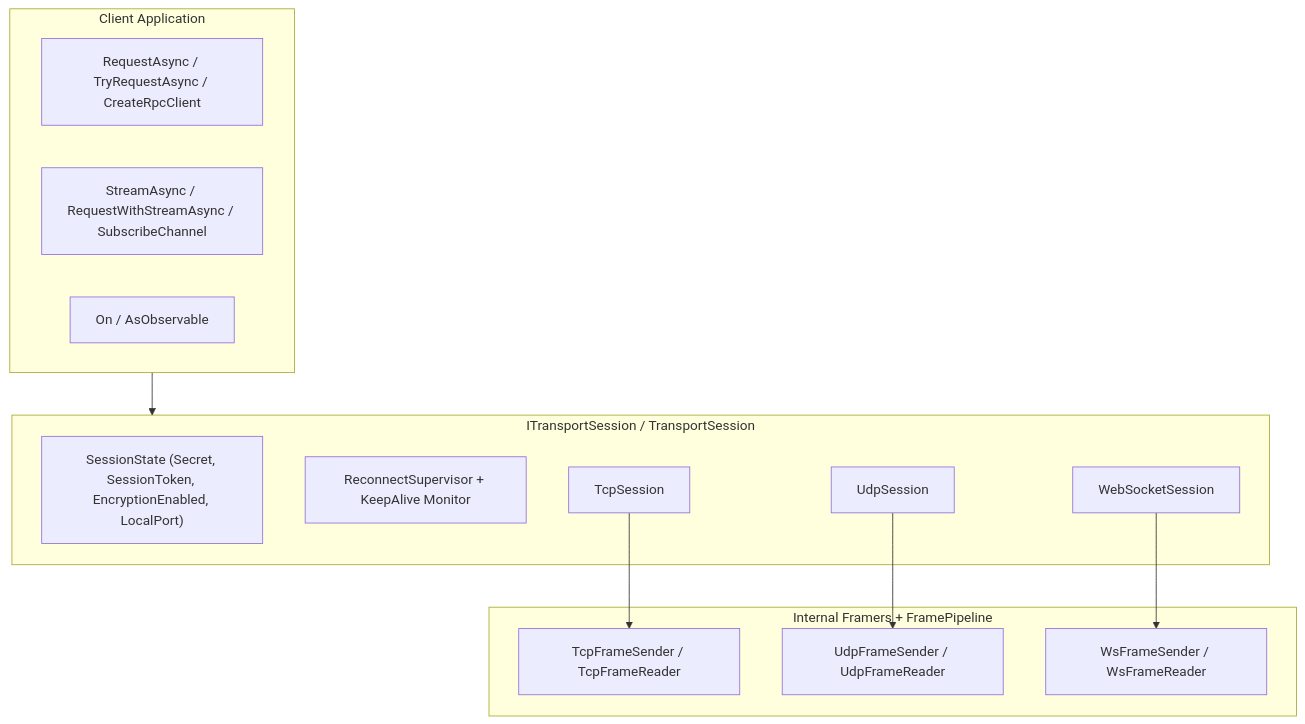
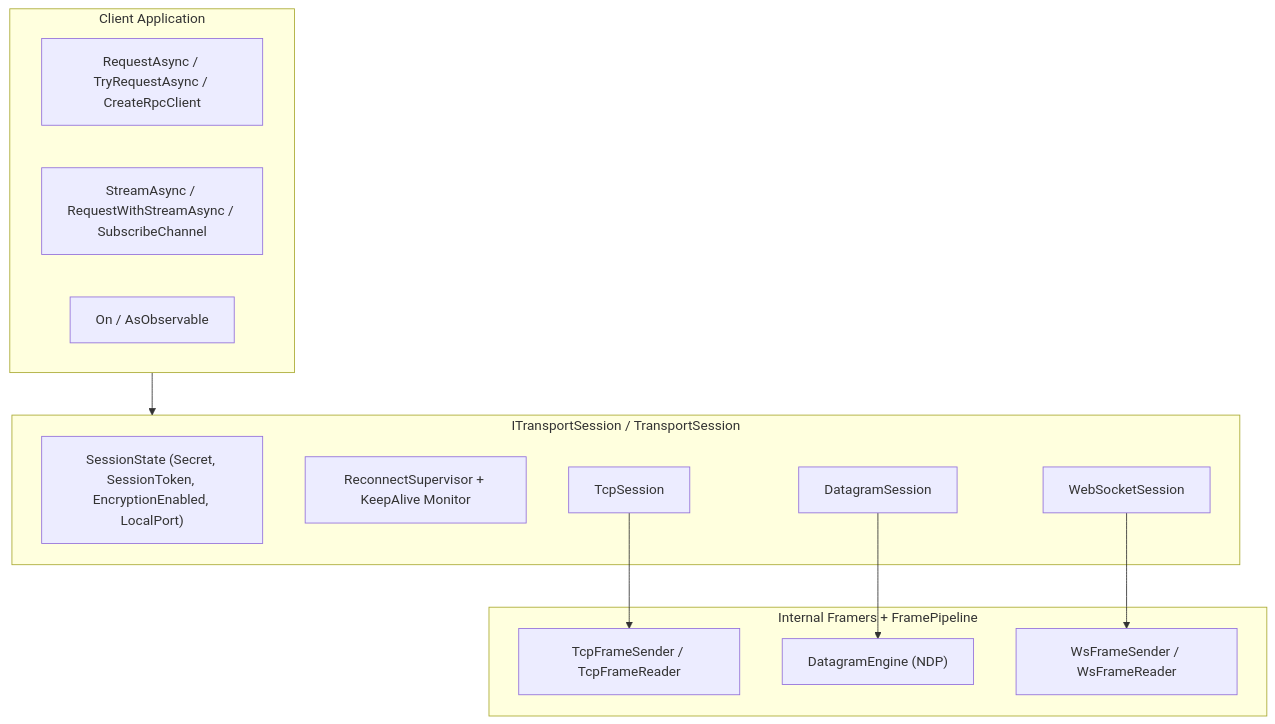
The diagram in src/content/docs/en-us/api/sdk/index.md (ppn-systems/nalix-docs), drawn with Mermaid before and after one commit. The commit also changed other lines of this file and 257 other files, not shown here.

````diff
--- a/src/content/docs/en-us/api/sdk/index.md
+++ b/src/content/docs/en-us/api/sdk/index.md
@@ -27,27 +27,27 @@
 ```mermaid
 flowchart TD
     subgraph App["Client Application"]
         Req["RequestAsync / TryRequestAsync / CreateRpcClient<T>"]
         Stream["StreamAsync / RequestWithStreamAsync / SubscribeChannel"]
         Sub["On<TPacket> / AsObservable<TPacket>"]
     end
 
     subgraph Session["ITransportSession / TransportSession"]
         State["SessionState (Secret, SessionToken, EncryptionEnabled, LocalPort)"]
         Sup["ReconnectSupervisor + KeepAlive Monitor"]
         TCP["TcpSession"]
-        UDP["UdpSession"]
+        DG["DatagramSession"]
         WS["WebSocketSession"]
     end
 
     subgraph Framers["Internal Framers + FramePipeline"]
         TF["TcpFrameSender / TcpFrameReader"]
-        UF["UdpFrameSender / UdpFrameReader"]
+        DE["DatagramEngine (NDP)"]
         WF["WsFrameSender / WsFrameReader"]
     end
 
     App --> Session
     TCP --> TF
-    UDP --> UF
+    DG --> DE
     WS --> WF
 ```
````
